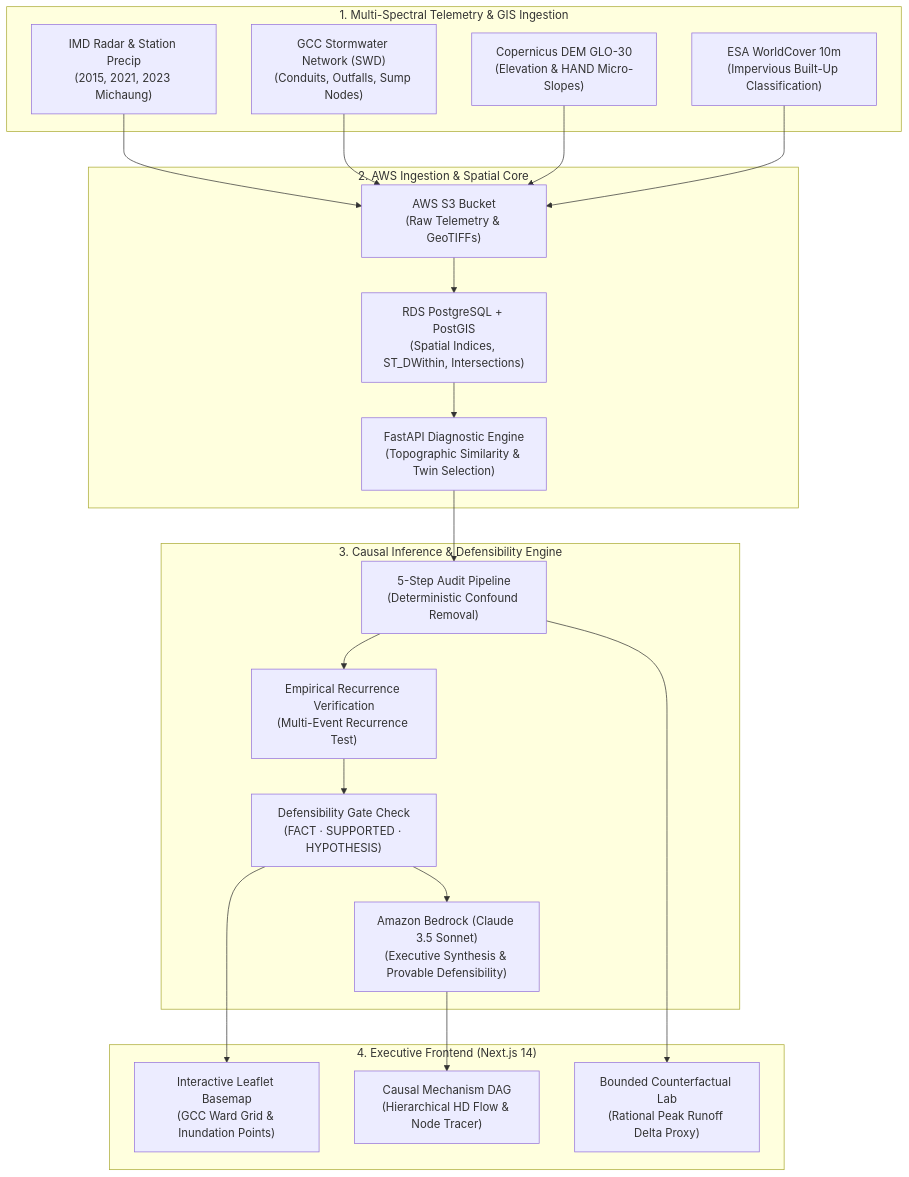
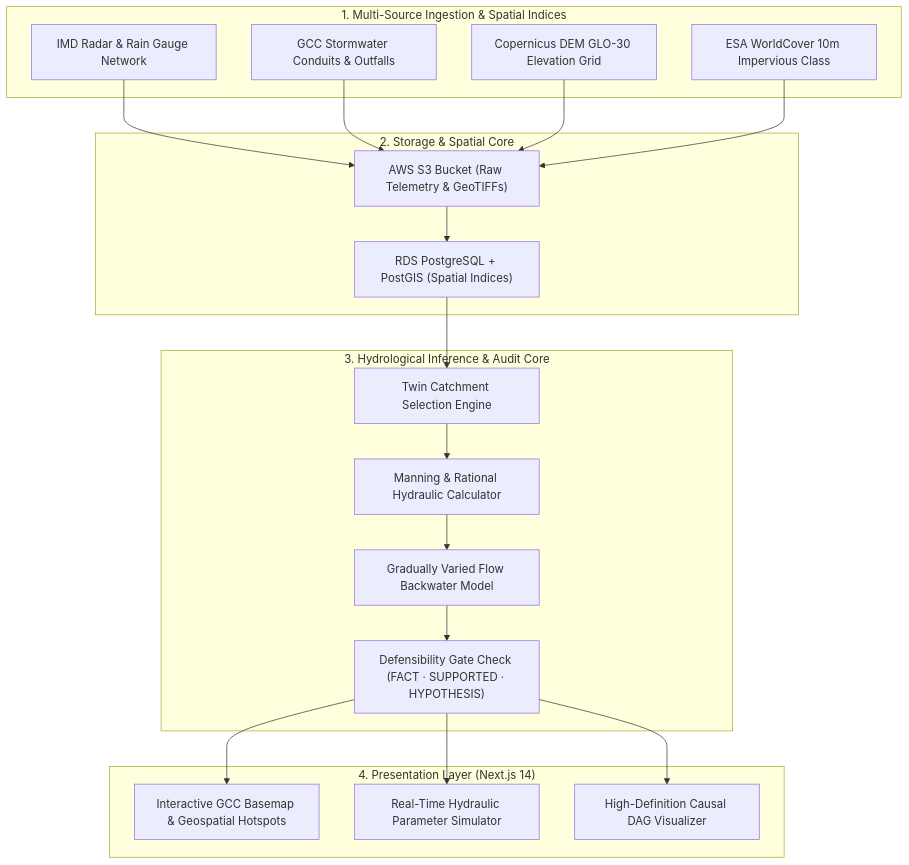
Before and after one commit to nikhillakra2007-tech/FloodLens: the second of 2 diagrams in README.md, drawn with Mermaid. The commit also changed other lines of this file and 10 other files, not shown here.

````diff
--- a/README.md
+++ b/README.md
@@ -34,41 +77,33 @@
 ```mermaid
 flowchart TD
-    subgraph DataSources["1. Multi-Spectral Telemetry & GIS Ingestion"]
-        A1["IMD Radar & Station Precip\n(2015, 2021, 2023 Michaung)"]
-        A2["GCC Stormwater Network (SWD)\n(Conduits, Outfalls, Sump Nodes)"]
-        A3["Copernicus DEM GLO-30\n(Elevation & HAND Micro-Slopes)"]
-        A4["ESA WorldCover 10m\n(Impervious Built-Up Classification)"]
+    subgraph Ingestion["1. Multi-Source Ingestion & Spatial Indices"]
+        I1["IMD Radar & Rain Gauge Network"]
+        I2["GCC Stormwater Conduits & Outfalls"]
+        I3["Copernicus DEM GLO-30 Elevation Grid"]
+        I4["ESA WorldCover 10m Impervious Class"]
     end
 
-    subgraph AWSCloud["2. AWS Ingestion & Spatial Core"]
-        B1["AWS S3 Bucket\n(Raw Telemetry & GeoTIFFs)"]
-        B2["RDS PostgreSQL + PostGIS\n(Spatial Indices, ST_DWithin, Intersections)"]
-        B3["FastAPI Diagnostic Engine\n(Topographic Similarity & Twin Selection)"]
+    subgraph Core["2. Storage & Spatial Core"]
+        S1["AWS S3 Bucket (Raw Telemetry & GeoTIFFs)"]
+        S2["RDS PostgreSQL + PostGIS (Spatial Indices)"]
     end
 
-    subgraph CausalEngine["3. Causal Inference & Defensibility Engine"]
-        C1["5-Step Audit Pipeline\n(Deterministic Confound Removal)"]
-        C2["Empirical Recurrence Verification\n(Multi-Event Recurrence Test)"]
-        C3["Defensibility Gate Check\n(FACT · SUPPORTED · HYPOTHESIS)"]
-        C4["Amazon Bedrock (Claude 3.5 Sonnet)\n(Executive Synthesis & Provable Defensibility)"]
+    subgraph Engine["3. Hydrological Inference & Audit Core"]
+        E1["Twin Catchment Selection Engine"]
+        E2["Manning & Rational Hydraulic Calculator"]
+        E3["Gradually Varied Flow Backwater Model"]
+        E4["Defensibility Gate Check (FACT · SUPPORTED · HYPOTHESIS)"]
     end
 
-    subgraph WebExperience["4. Executive Frontend (Next.js 14)"]
-        D1["Interactive Leaflet Basemap\n(GCC Ward Grid & Inundation Points)"]
-        D2["Causal Mechanism DAG\n(Hierarchical HD Flow & Node Tracer)"]
-        D3["Bounded Counterfactual Lab\n(Rational Peak Runoff Delta Proxy)"]
+    subgraph Frontend["4. Presentation Layer (Next.js 14)"]
+        F1["Interactive GCC Basemap & Geospatial Hotspots"]
+        F2["Real-Time Hydraulic Parameter Simulator"]
+        F3["High-Definition Causal DAG Visualizer"]
     end
 
-    A1 --> B1
-    A2 --> B1
-    A3 --> B1
-    A4 --> B1
-    B1 --> B2
-    B2 --> B3
-    B3 --> C1
-    C1 --> C2 --> C3
-    C3 --> C4
-    C3 --> D1
-    C4 --> D2
-    C1 --> D3
+    I1 & I2 & I3 & I4 --> S1
+    S1 --> S2
+    S2 --> E1
+    E1 --> E2 --> E3 --> E4
+    E4 --> F1 & F2 & F3
 ```
````
